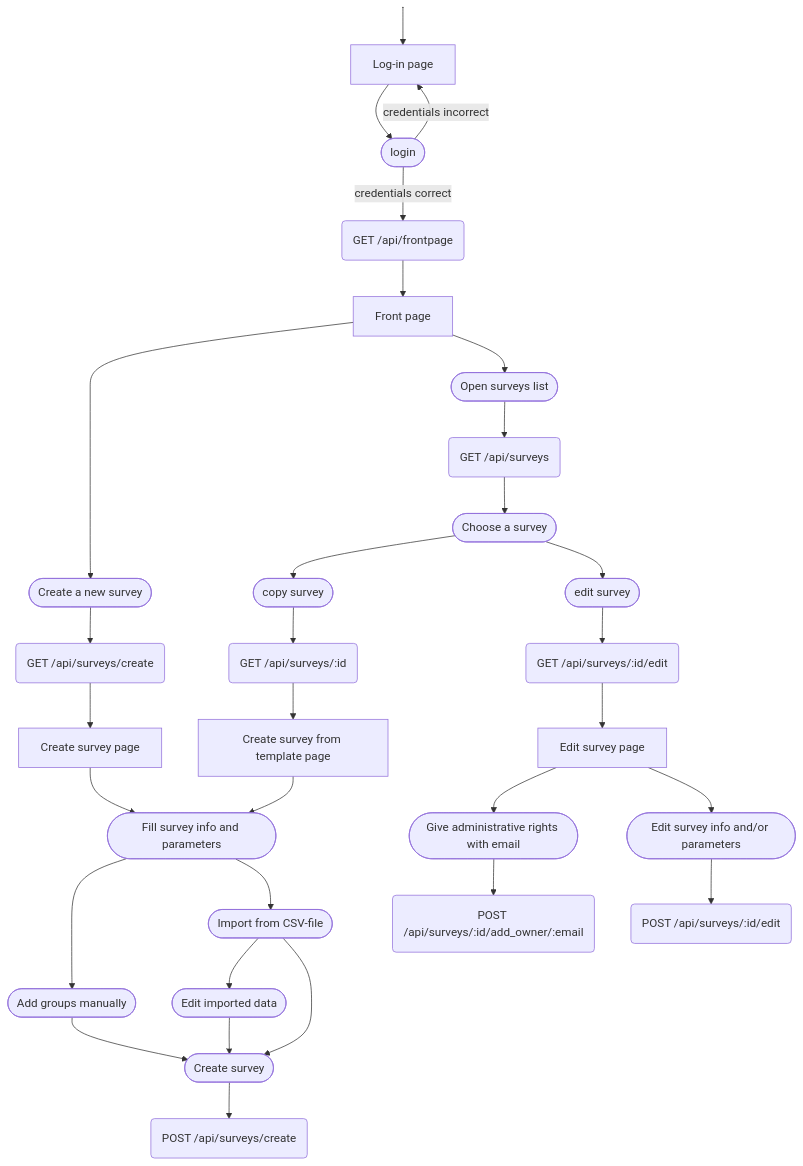
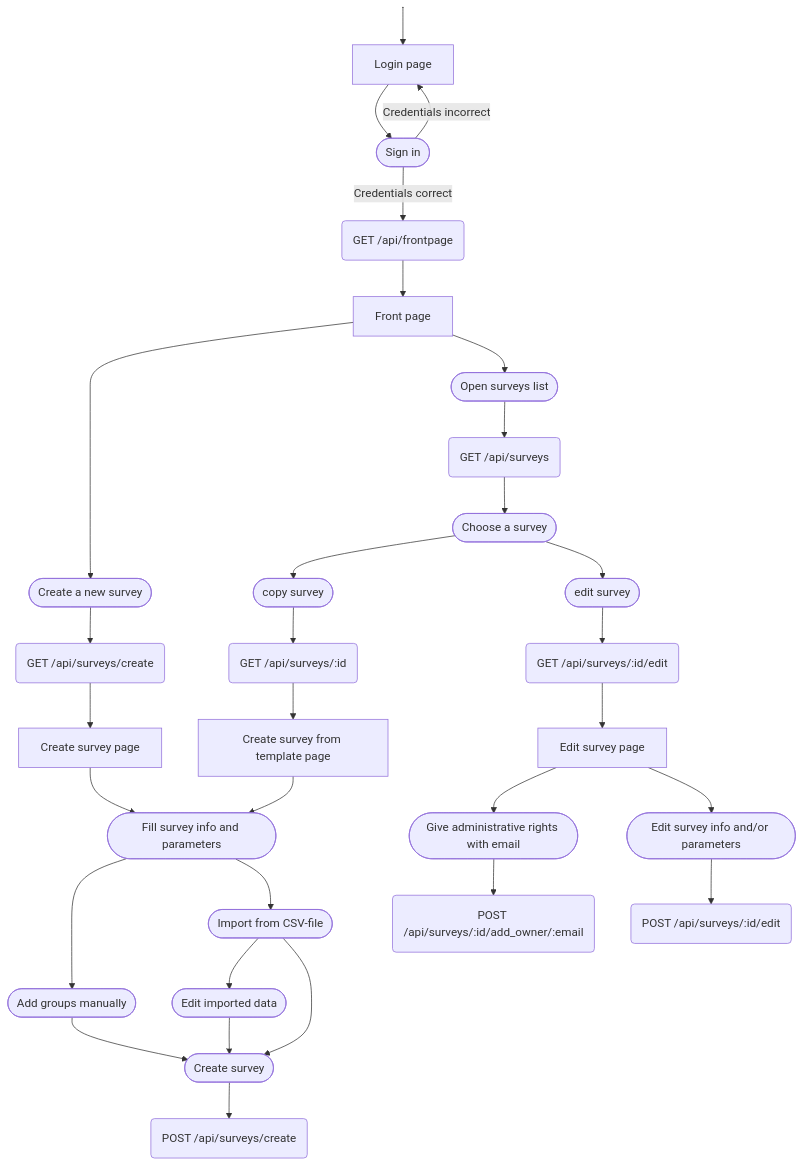
Before and after one commit to piryopt/pienryhmien-optimointi: the first of 3 diagrams in docs-2.0/process_flow_chart.md, drawn with Mermaid. The commit also changed other lines of this file, not shown here.

Commit message:
Minor updates to flowcharts

````diff
--- a/docs-2.0/process_flow_chart.md
+++ b/docs-2.0/process_flow_chart.md
@@ -7,40 +7,39 @@
 ```mermaid
 flowchart TB
-    A["Log-in page"] --> n1(["login"])
+    A["Login page"] --> n1(["Sign in"])
     B("GET /api/frontpage") --> C["Front page"]
     C --> S(["Create a new survey"]) & n2(["Open surveys list"])
     S --> T["GET /api/surveys/create"]
     T --> n11["Create survey page"]
-    AA(["Import from CSV-file"]) -- <br> --> BB(["Edit imported data"])
-    AA -- </br> --> EE(["Create survey"])
+    AA(["Import from CSV-file"]) -- <br> --> BB(["Edit imported data"]) & EE(["Create survey"])
     EE --> FF["POST /api/surveys/create"]
     MN(["edit survey"]) --> IJ["GET /api/surveys/:id/edit"]
     IJ --> n7["Edit survey page"]
-    n1 -- credentials correct --> B
-    n1 -- credentials incorrect --> A
+    n1 -- Credentials correct --> B
+    n1 -- Credentials incorrect --> A
     U(["Fill survey info and parameters"]) --> Y(["Add groups manually"]) & AA
     Y --> EE
     n2 --> n3["GET /api/surveys"]
     n3 --> n4(["Choose a survey"])
     n4 --> KL(["copy survey"]) & MN
     YZ(["Give administrative rights with email"]) --> HI["POST /api/surveys/:id/add_owner/:email"]
     n8["Untitled Node"] --> A
     BB --> EE
     n7 --> YZ & n9(["Edit survey info and/or parameters"])
     n9 --> n10@{ label: "<span style=\"padding-left:\">POST /api/surveys/:id/edit</span>" }
     n11 --> U
     KL --> n12@{ label: "<span style=\"padding-left:\">GET /api/surveys/:id</span>" }
     n12 --> n13["Create survey from template page"]
     n13 --> U
 
     A@{ shape: rect}
     C@{ shape: rect}
     T@{ shape: rounded}
     FF@{ shape: rounded}
     IJ@{ shape: rounded}
     n3@{ shape: rounded}
     HI@{ shape: rounded}
     n8@{ shape: anchor}
     n10@{ shape: rounded}
     n12@{ shape: rounded}
 ```
````
